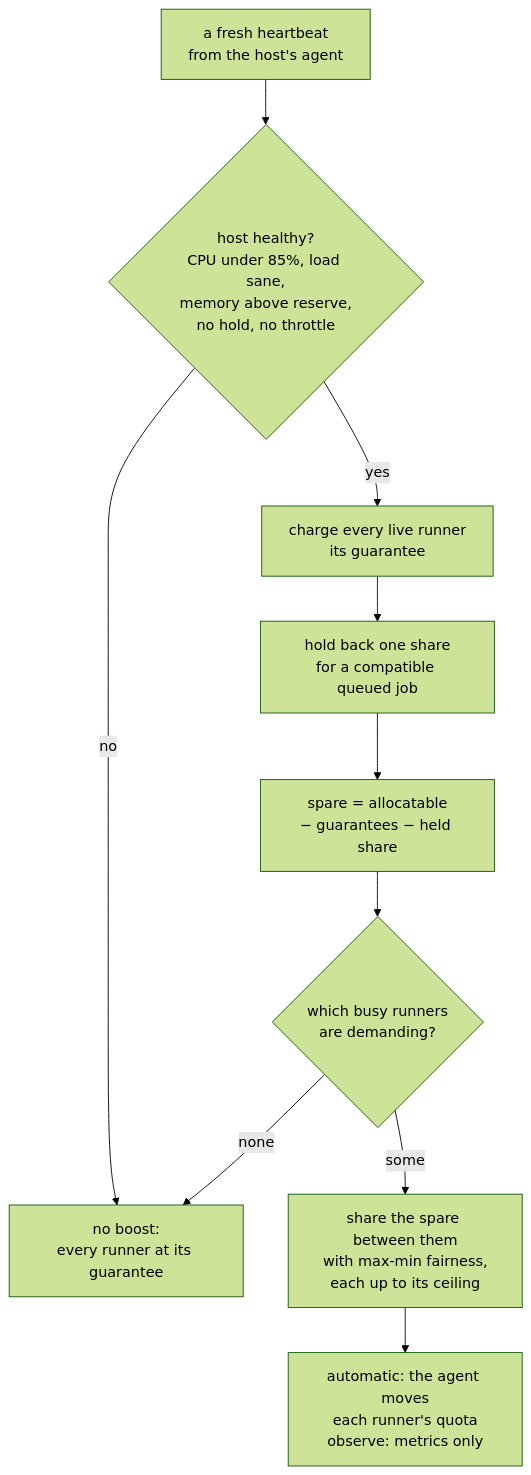
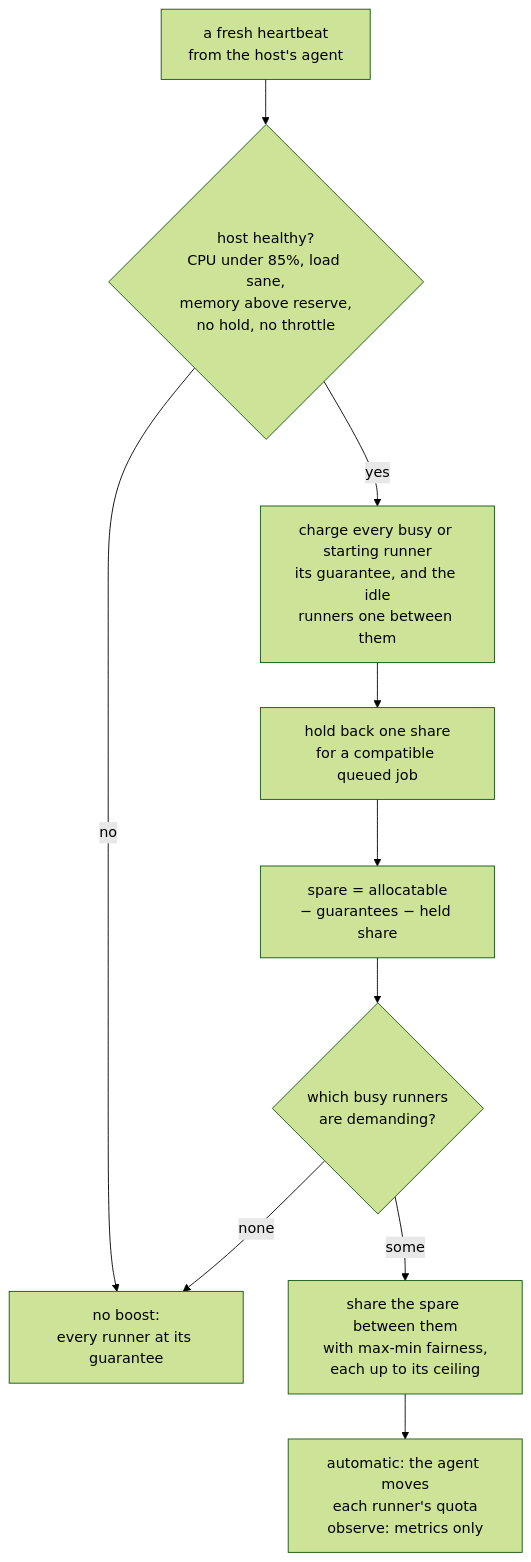
One commit to eyupio/zoomies changed the diagram in docs/elastic-cpu.md. Above: the diagram before and after it, drawn with Mermaid (forest theme). The commit also changed other lines of this file and 16 other files, not shown here.

First line of the commit message:
Lend a busy runner what idle and observing runners are not using, and give a docker-in-docker boost to the daemon

````diff
--- a/docs/elastic-cpu.md
+++ b/docs/elastic-cpu.md
@@ -67,18 +72,18 @@
 ```mermaid
 flowchart TD
     hb["a fresh heartbeat<br/>from the host's agent"]
     guard{"host healthy?<br/>CPU under 85%, load sane,<br/>memory above reserve,<br/>no hold, no throttle"}
-    ledger["charge every live runner<br/>its guarantee"]
+    ledger["charge every busy or starting runner<br/>its guarantee, and the idle<br/>runners one between them"]
     next["hold back one share<br/>for a compatible queued job"]
     spare["spare = allocatable<br/>− guarantees − held share"]
     demand{"which busy runners<br/>are demanding?"}
     fair["share the spare between them<br/>with max-min fairness,<br/>each up to its ceiling"]
     apply["automatic: the agent moves<br/>each runner's quota<br/>observe: metrics only"]
     none["no boost:<br/>every runner at its guarantee"]
 
     hb --> guard
     guard -- no --> none
     guard -- yes --> ledger --> next --> spare --> demand
     demand -- none --> none
     demand -- some --> fair --> apply
 ```
````
